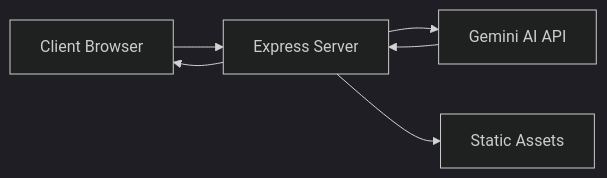
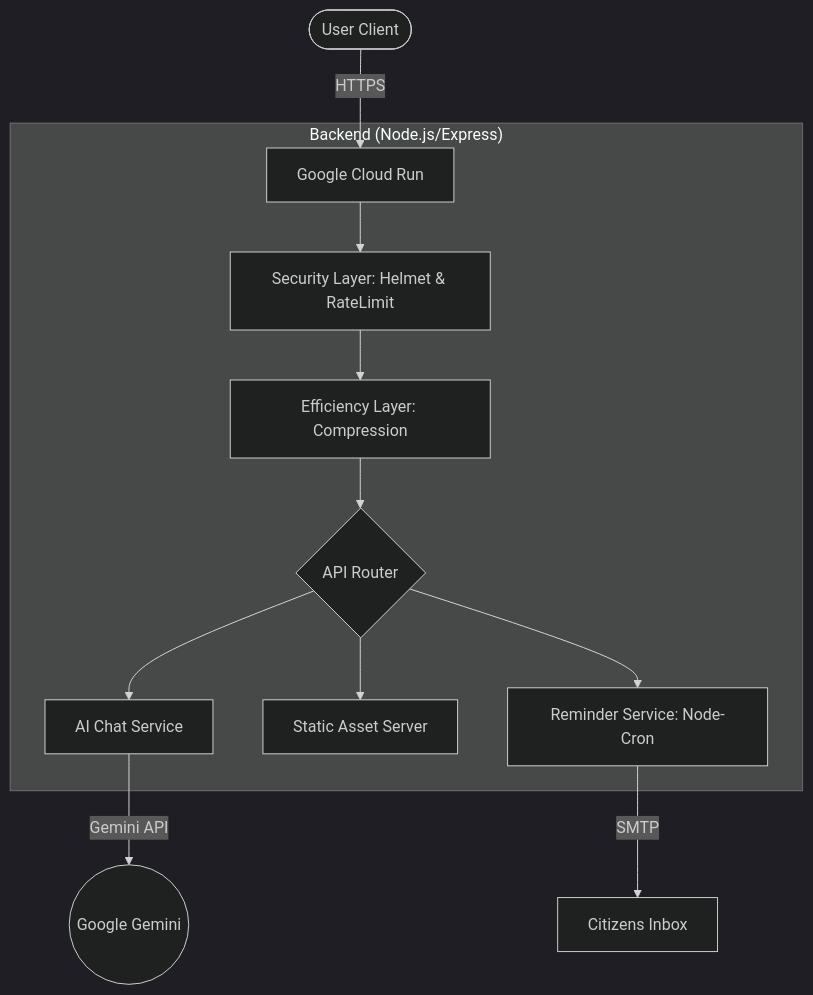
One commit to jaiveerverma50989-dot/promotwar1 changed the diagram in README.md. Above: the diagram before and after it, drawn with Mermaid (dark theme). The commit also changed other lines of this file and 5 other files, not shown here.

````diff
--- a/README.md
+++ b/README.md
@@ -56,8 +40,14 @@
 ```mermaid
-graph LR
-    A[Client Browser] --> B[Express Server]
-    B --> C[Gemini AI API]
-    B --> D[Static Assets]
-    C --> B
-    B --> A
+graph TD
+    User([User Client]) -- HTTPS --> GCR[Google Cloud Run]
+    subgraph "Backend (Node.js/Express)"
+        GCR --> Security[Security Layer: Helmet & RateLimit]
+        Security --> Efficiency[Efficiency Layer: Compression]
+        Efficiency --> Router{API Router}
+        Router --> Chat[AI Chat Service]
+        Router --> Static[Static Asset Server]
+        Router --> Email[Reminder Service: Node-Cron]
+    end
+    Chat -- Gemini API --> AI((Google Gemini))
+    Email -- SMTP --> Mail[Citizens Inbox]
 ```
````
